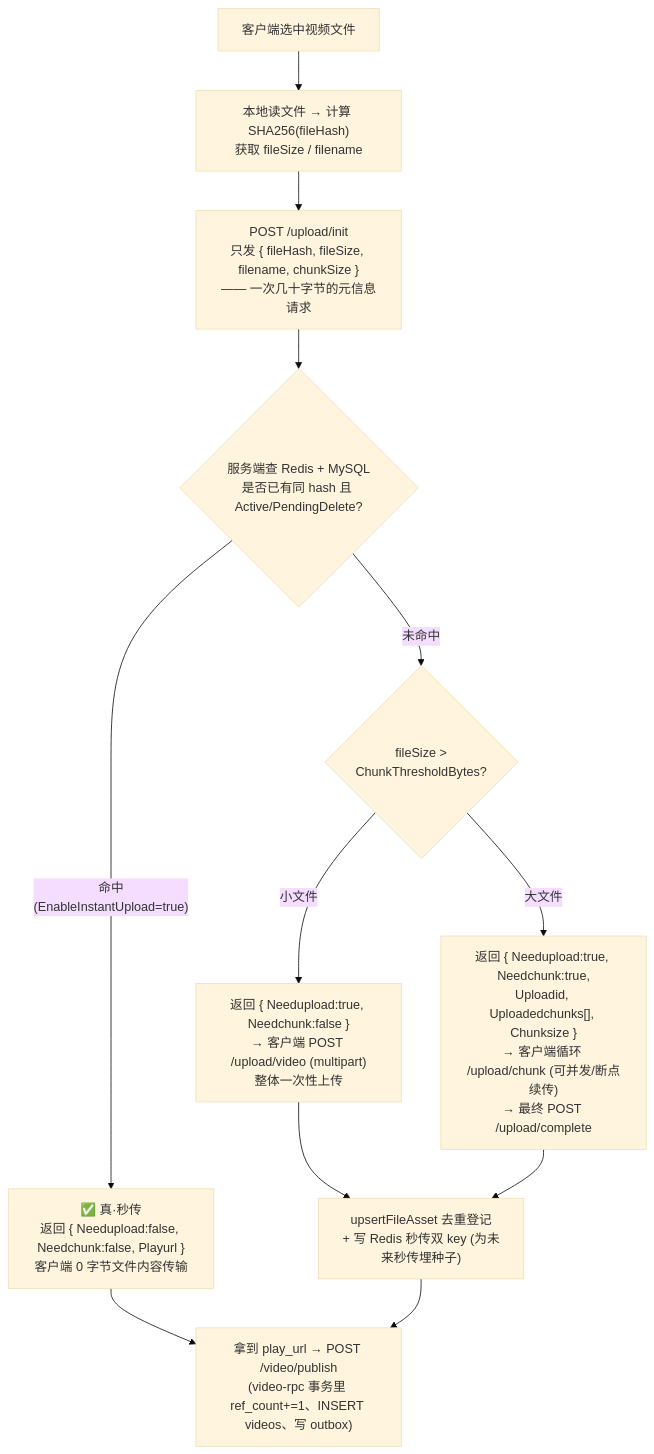
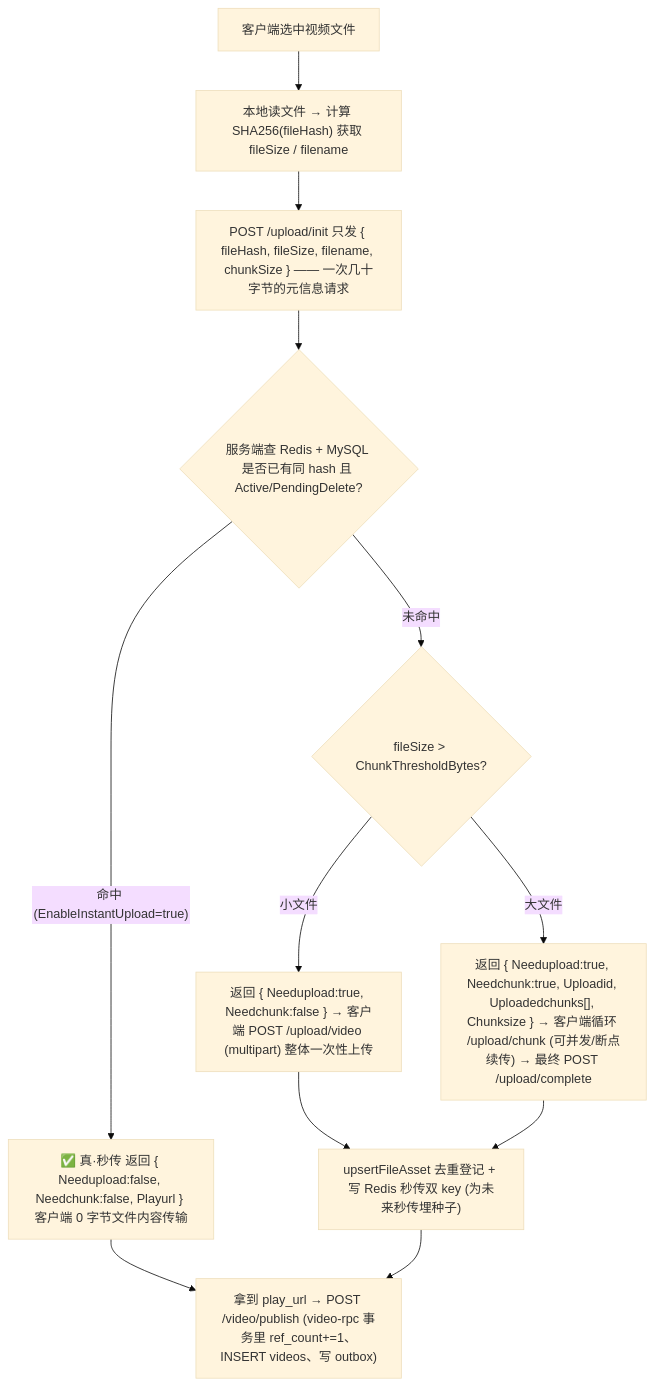
One commit to Redeemz473/feedsystem-zero changed the sixth of 28 diagrams in docs/PROJECT_OVERVIEW.md. Above: the diagram before and after it, drawn with Mermaid (base theme). The commit also changed other lines of this file, not shown here.

Commit message:
docs(overview): normalize all 28 mermaid diagrams for github renderer (remove 124 br tags and 3 dashed-with-label edges)

````diff
--- a/docs/PROJECT_OVERVIEW.md
+++ b/docs/PROJECT_OVERVIEW.md
@@ -763,14 +763,14 @@
 ```mermaid
 flowchart TD
-    Start["客户端选中视频文件"] --> Hash["本地读文件 → 计算 SHA256(fileHash)<br/>获取 fileSize / filename"]
-    Hash --> Init["POST /upload/init<br/>只发 { fileHash, fileSize, filename, chunkSize }<br/>—— 一次几十字节的元信息请求"]
-    Init --> Q1{"服务端查 Redis + MySQL<br/>是否已有同 hash 且 Active/PendingDelete?"}
-    Q1 -- "命中<br/>(EnableInstantUpload=true)" --> Instant["✅ 真·秒传<br/>返回 { Needupload:false, Needchunk:false, Playurl }<br/>客户端 0 字节文件内容传输"]
-    Q1 -- "未命中" --> Q2{"fileSize ><br/>ChunkThresholdBytes?"}
-    Q2 -- "小文件" --> Small["返回 { Needupload:true, Needchunk:false }<br/>→ 客户端 POST /upload/video (multipart)<br/>整体一次性上传"]
-    Q2 -- "大文件" --> Big["返回 { Needupload:true, Needchunk:true,<br/>Uploadid, Uploadedchunks[], Chunksize }<br/>→ 客户端循环 /upload/chunk (可并发/断点续传)<br/>→ 最终 POST /upload/complete"]
-    Small --> Post["upsertFileAsset 去重登记<br/>+ 写 Redis 秒传双 key (为未来秒传埋种子)"]
+    Start["客户端选中视频文件"] --> Hash["本地读文件 → 计算 SHA256(fileHash) 获取 fileSize / filename"]
+    Hash --> Init["POST /upload/init 只发 { fileHash, fileSize, filename, chunkSize } —— 一次几十字节的元信息请求"]
+    Init --> Q1{"服务端查 Redis + MySQL 是否已有同 hash 且 Active/PendingDelete?"}
+    Q1 -- "命中 (EnableInstantUpload=true)" --> Instant["✅ 真·秒传 返回 { Needupload:false, Needchunk:false, Playurl } 客户端 0 字节文件内容传输"]
+    Q1 -- "未命中" --> Q2{"fileSize > ChunkThresholdBytes?"}
+    Q2 -- "小文件" --> Small["返回 { Needupload:true, Needchunk:false } → 客户端 POST /upload/video (multipart) 整体一次性上传"]
+    Q2 -- "大文件" --> Big["返回 { Needupload:true, Needchunk:true, Uploadid, Uploadedchunks[], Chunksize } → 客户端循环 /upload/chunk (可并发/断点续传) → 最终 POST /upload/complete"]
+    Small --> Post["upsertFileAsset 去重登记 + 写 Redis 秒传双 key (为未来秒传埋种子)"]
     Big --> Post
-    Instant --> Publish["拿到 play_url → POST /video/publish<br/>(video-rpc 事务里 ref_count+=1、INSERT videos、写 outbox)"]
+    Instant --> Publish["拿到 play_url → POST /video/publish (video-rpc 事务里 ref_count+=1、INSERT videos、写 outbox)"]
     Post --> Publish
 ```
````
